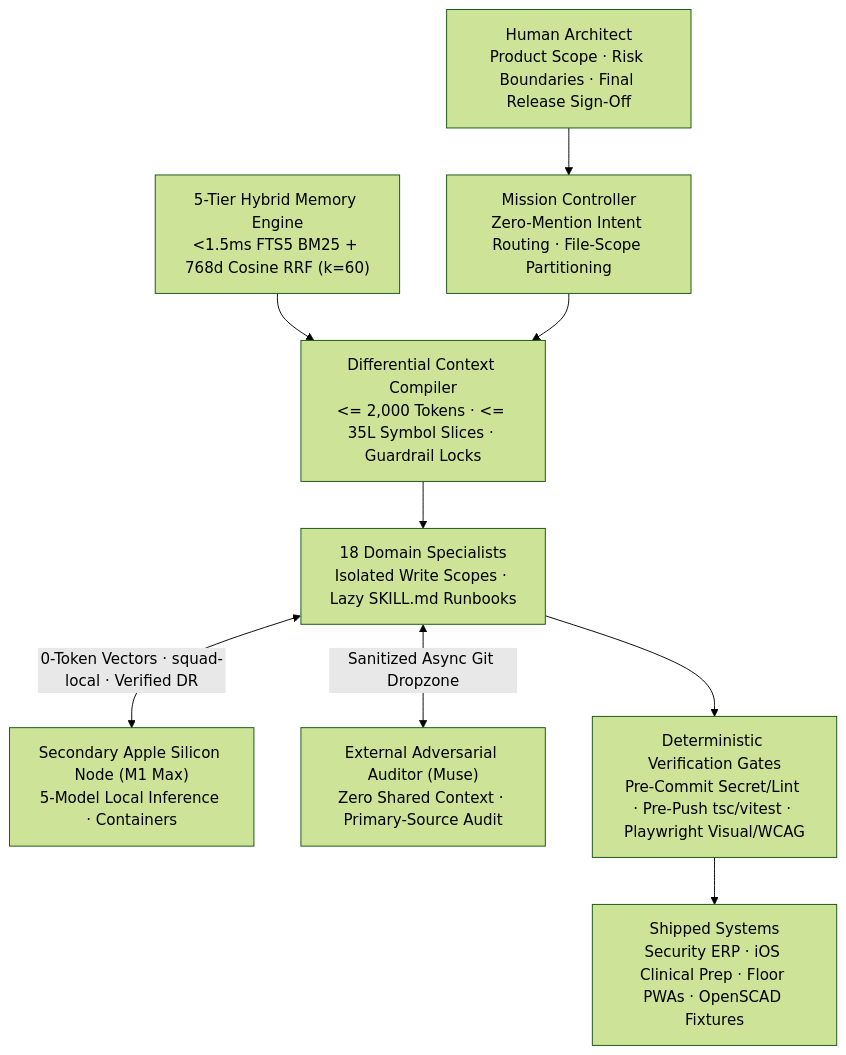
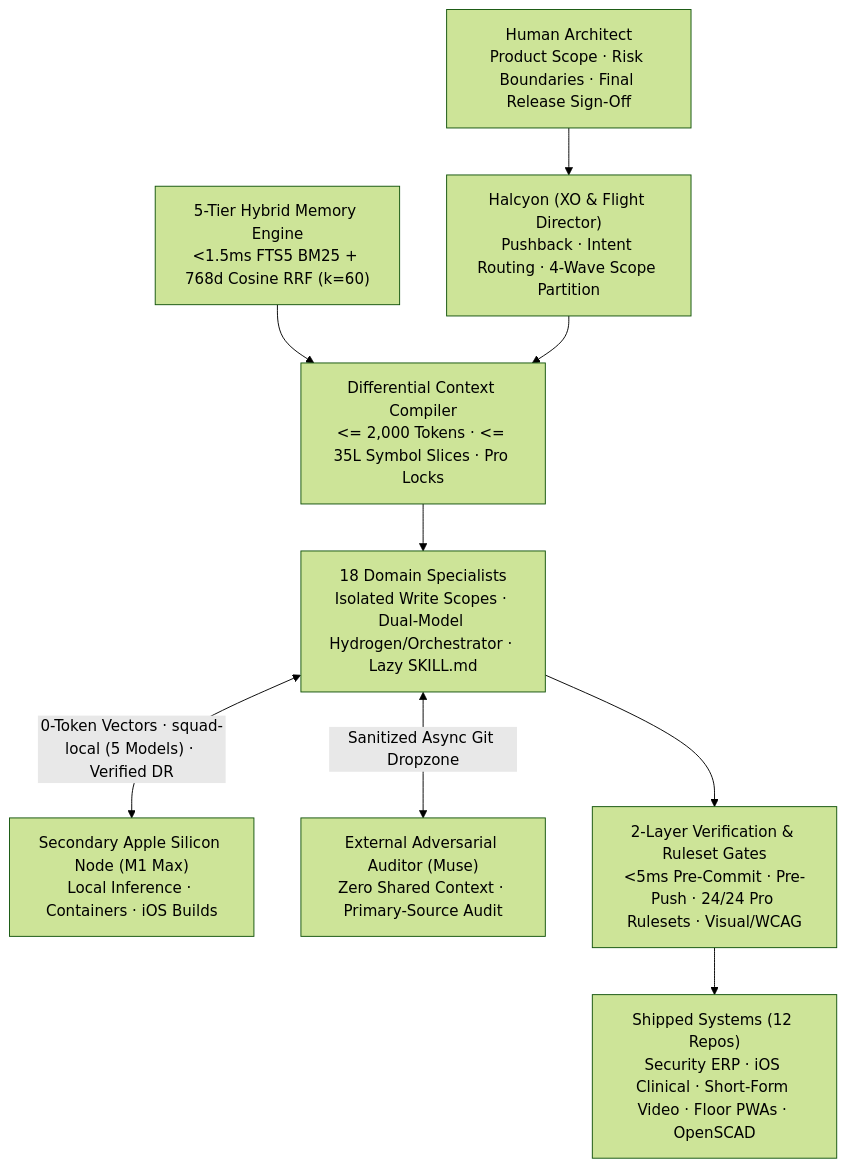
One commit to jhathcock-sys/Public-Showcase changed the first of 3 diagrams in 02_AI-Systems-Architecture/00-Cognitive-Architecture-Overview.md. Above: the diagram before and after it, drawn with Mermaid (forest theme). The commit also changed other lines of this file and 10 other files, not shown here.

Commit message:
docs(showcase): add Deterministic Video Engine chapter & sync Halcyon/DevOps/PTT v0.4.0 architecture

````diff
--- a/02_AI-Systems-Architecture/00-Cognitive-Architecture-Overview.md
+++ b/02_AI-Systems-Architecture/00-Cognitive-Architecture-Overview.md
@@ -28,14 +28,14 @@
 ```mermaid
 flowchart TB
-    Human["Human Architect\nProduct Scope · Risk Boundaries · Final Release Sign-Off"] --> MC["Mission Controller\nZero-Mention Intent Routing · File-Scope Partitioning"]
+    Human["Human Architect\nProduct Scope · Risk Boundaries · Final Release Sign-Off"] --> MC["Halcyon (XO & Flight Director)\nPushback · Intent Routing · 4-Wave Scope Partition"]
 
-    Memory["5-Tier Hybrid Memory Engine\n<1.5ms FTS5 BM25 + 768d Cosine RRF (k=60)"] --> Context["Differential Context Compiler\n<= 2,000 Tokens · <= 35L Symbol Slices · Guardrail Locks"]
+    Memory["5-Tier Hybrid Memory Engine\n<1.5ms FTS5 BM25 + 768d Cosine RRF (k=60)"] --> Context["Differential Context Compiler\n<= 2,000 Tokens · <= 35L Symbol Slices · Pro Locks"]
     MC --> Context
 
-    Context --> Squad["18 Domain Specialists\nIsolated Write Scopes · Lazy SKILL.md Runbooks"]
-    Squad <-->|"0-Token Vectors · squad-local · Verified DR"| Node2["Secondary Apple Silicon Node (M1 Max)\n5-Model Local Inference · Containers"]
+    Context --> Squad["18 Domain Specialists\nIsolated Write Scopes · Dual-Model Hydrogen/Orchestrator · Lazy SKILL.md"]
+    Squad <-->|"0-Token Vectors · squad-local (5 Models) · Verified DR"| Node2["Secondary Apple Silicon Node (M1 Max)\nLocal Inference · Containers · iOS Builds"]
     Squad <-->|"Sanitized Async Git Dropzone"| Auditor["External Adversarial Auditor (Muse)\nZero Shared Context · Primary-Source Audit"]
 
-    Squad --> Gates["Deterministic Verification Gates\nPre-Commit Secret/Lint · Pre-Push tsc/vitest · Playwright Visual/WCAG"]
-    Gates --> Prod["Shipped Systems\nSecurity ERP · iOS Clinical Prep · Floor PWAs · OpenSCAD Fixtures"]
+    Squad --> Gates["2-Layer Verification & Ruleset Gates\n<5ms Pre-Commit · Pre-Push · 24/24 Pro Rulesets · Visual/WCAG"]
+    Gates --> Prod["Shipped Systems (12 Repos)\nSecurity ERP · iOS Clinical · Short-Form Video · Floor PWAs · OpenSCAD"]
 ```
````
